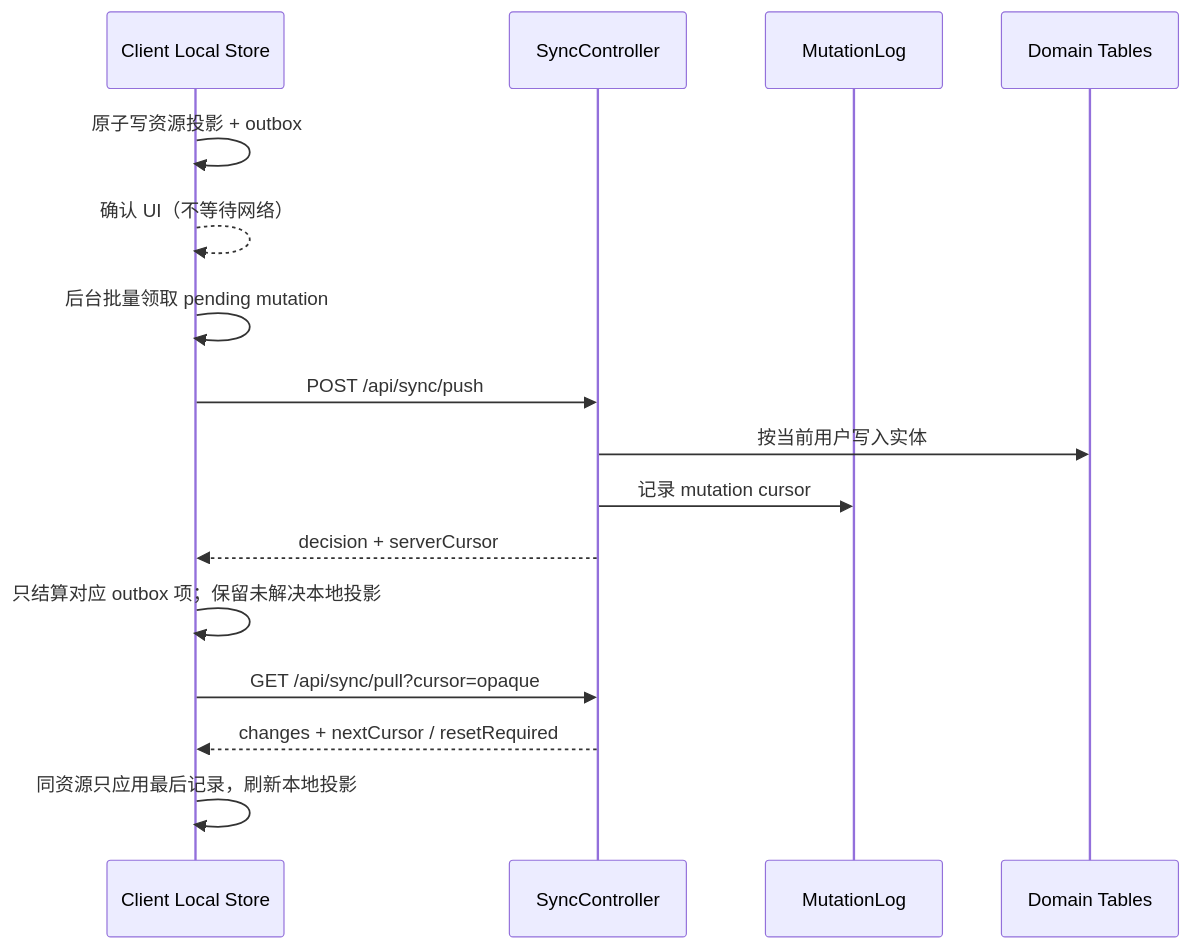
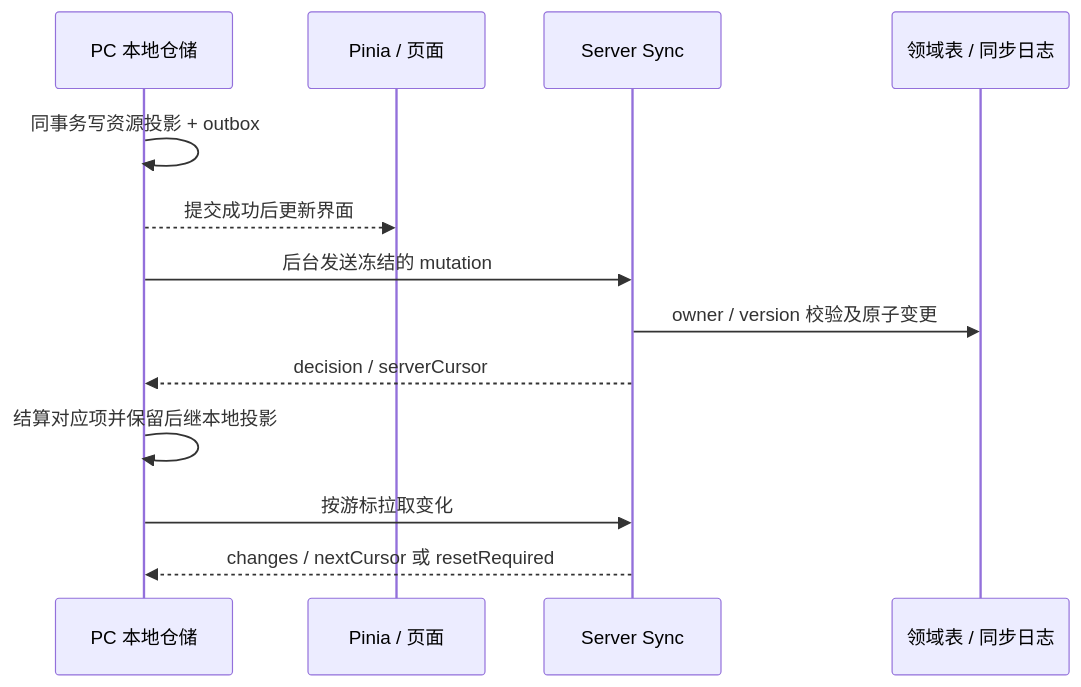
One commit to fewhuooo/Auralis changed the second of 2 diagrams in docs/project/Architecture.md. Above: the diagram before and after it, drawn with Mermaid. The commit also changed other lines of this file and 78 other files, not shown here.

````diff
--- a/docs/project/Architecture.md
+++ b/docs/project/Architecture.md
@@ -192,18 +59,15 @@
 ```mermaid
 sequenceDiagram
-  participant C as Client Local Store
-  participant S as SyncController
-  participant M as MutationLog
-  participant D as Domain Tables
-  C->>C: 原子写资源投影 + outbox
-  C-->>C: 确认 UI（不等待网络）
-  C->>C: 后台批量领取 pending mutation
-  C->>S: POST /api/sync/push
-  S->>D: 按当前用户写入实体
-  S->>M: 记录 mutation cursor
-  S-->>C: decision + serverCursor
-  C->>C: 只结算对应 outbox 项；保留未解决本地投影
-  C->>S: GET /api/sync/pull?cursor=opaque
-  S-->>C: changes + nextCursor / resetRequired
-  C->>C: 同资源只应用最后记录，刷新本地投影
+  participant PC as PC 本地仓储
+  participant UI as Pinia / 页面
+  participant Sync as Server Sync
+  participant DB as 领域表 / 同步日志
+  PC->>PC: 同事务写资源投影 + outbox
+  PC-->>UI: 提交成功后更新界面
+  PC->>Sync: 后台发送冻结的 mutation
+  Sync->>DB: owner / version 校验及原子变更
+  Sync-->>PC: decision / serverCursor
+  PC->>PC: 结算对应项并保留后继本地投影
+  PC->>Sync: 按游标拉取变化
+  Sync-->>PC: changes / nextCursor 或 resetRequired
 ```
````
